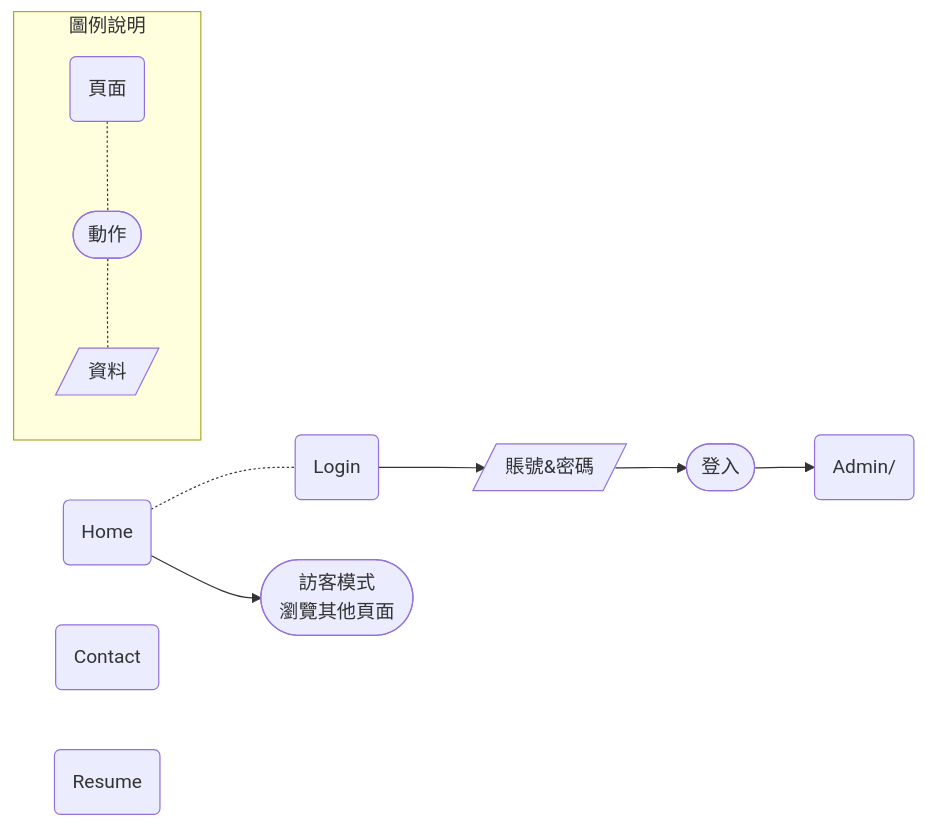
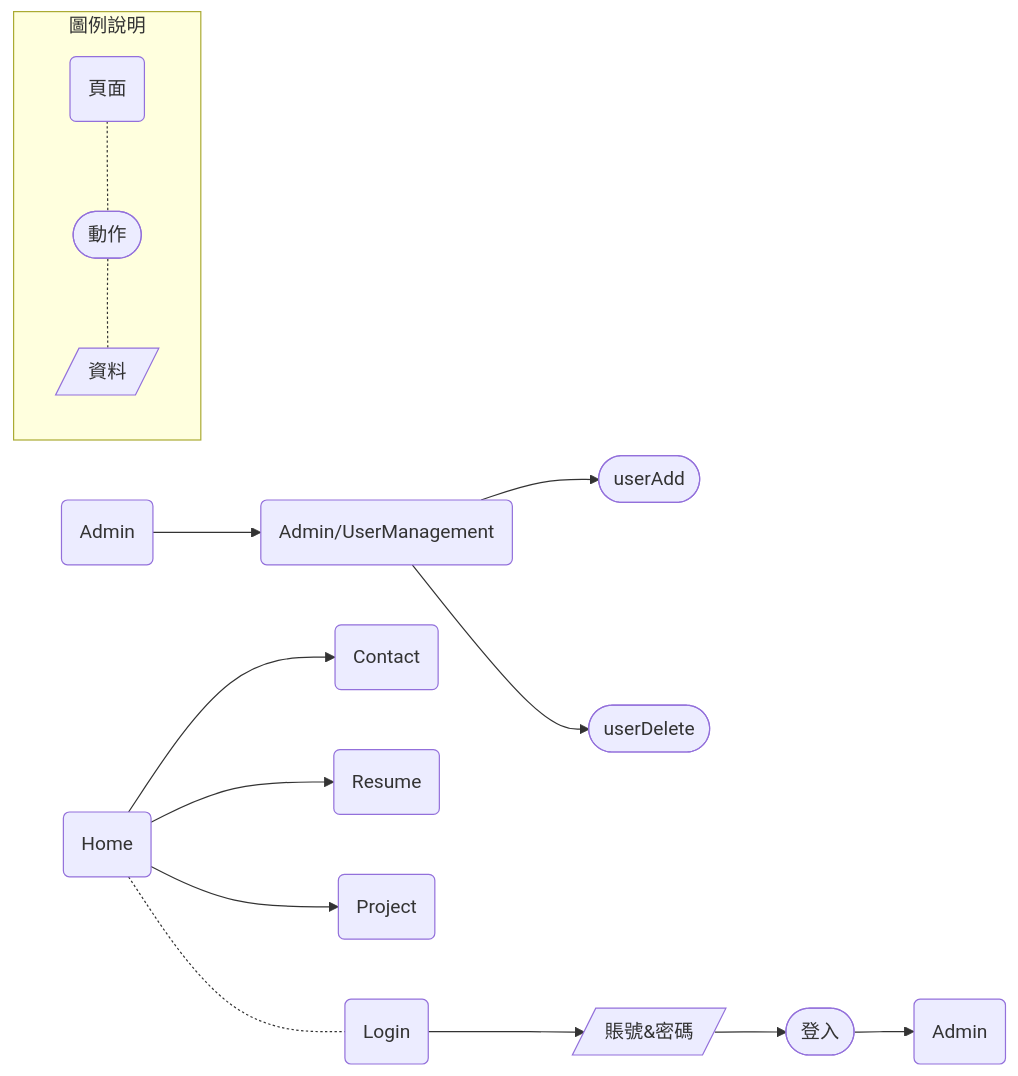
The diagram in hackmd/Unit3.md (isaaclu0897/go-web), drawn with Mermaid before and after one commit. The commit also changed other lines of this file, not shown here.

````diff
--- a/hackmd/Unit3.md
+++ b/hackmd/Unit3.md
@@ -20,31 +24,38 @@
 ```mermaid
 graph LR;
 
 %% defined node
 page_home(Home);
 page_login(Login);
 page_contact(Contact);
 page_resume(Resume);
+page_project(Project);
 page_admin(Admin);
-page_admin(Admin/);
+page_adminRoot(Admin);
+page_adminUserManagement(Admin/UserManagement);
 
 act_login([登入]);
-act_browser([訪客模式<br>瀏覽其他頁面]);
+act_userAdd([userAdd]);
+act_userDelete([userDelete]);
 
 data_usr&pwd[/賬號&密碼/];
 
 %% defined flow
-page_home --> act_browser;
+%% page_home --> act_browser;
+
+page_home --> page_contact & page_resume & page_project
 
 page_home -.- page_login --> data_usr&pwd --> act_login --> page_admin;
+
+page_adminRoot --> page_adminUserManagement --> act_userAdd & act_userDelete
 
 %% defined subgraph
 subgraph 圖例說明;
     a(頁面);
     b([動作]);
     c[/資料/];
     
     a -.- b;
     b -.- c;
 end;
 ```
````
